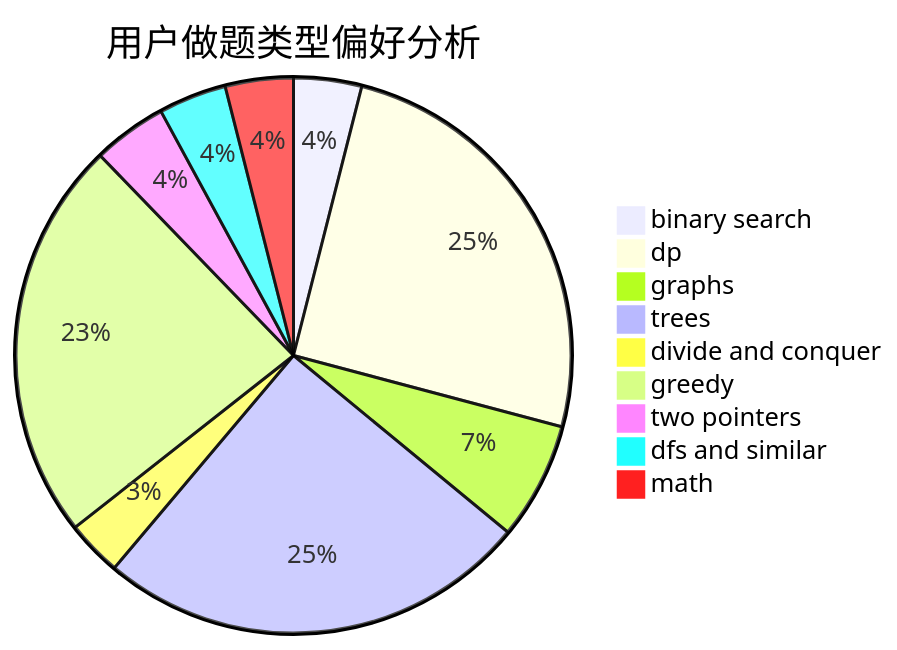
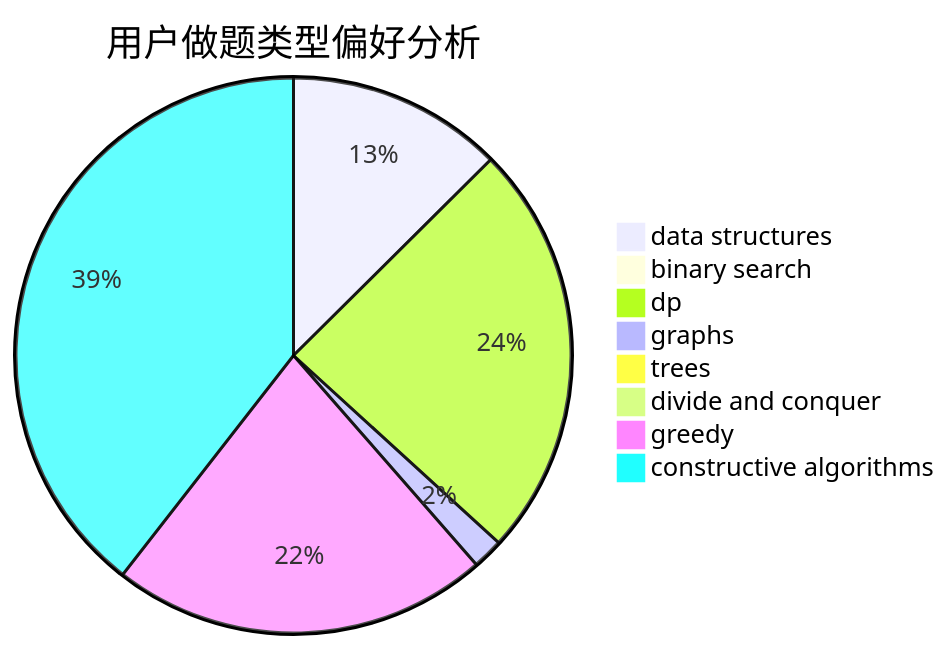
Before and after one commit to sherpahu/cfrs.github.io: the second of 3 diagrams in docs/user/u2757.md, drawn with Mermaid. The commit also changed other lines of this file and 2775 other files, not shown here.

````diff
--- a/docs/user/u2757.md
+++ b/docs/user/u2757.md
@@ -23,12 +23,11 @@
 ```mermaid
 pie title 用户做题类型偏好分析
-    "binary search" :  11
-    "dp" :  70
-    "graphs" :  19
-    "trees" :  70
-    "divide and conquer" :  9
-    "greedy" :  65
-    "two pointers" :  12
-    "dfs and similar" :  11
-    "math" :  11
+    "data structures" :  28
+    "binary search" :  0
+    "dp" :  54
+    "graphs" :  4
+    "trees" :  0
+    "divide and conquer" :  0
+    "greedy" :  49
+    "constructive algorithms" :  88
 ```
````
